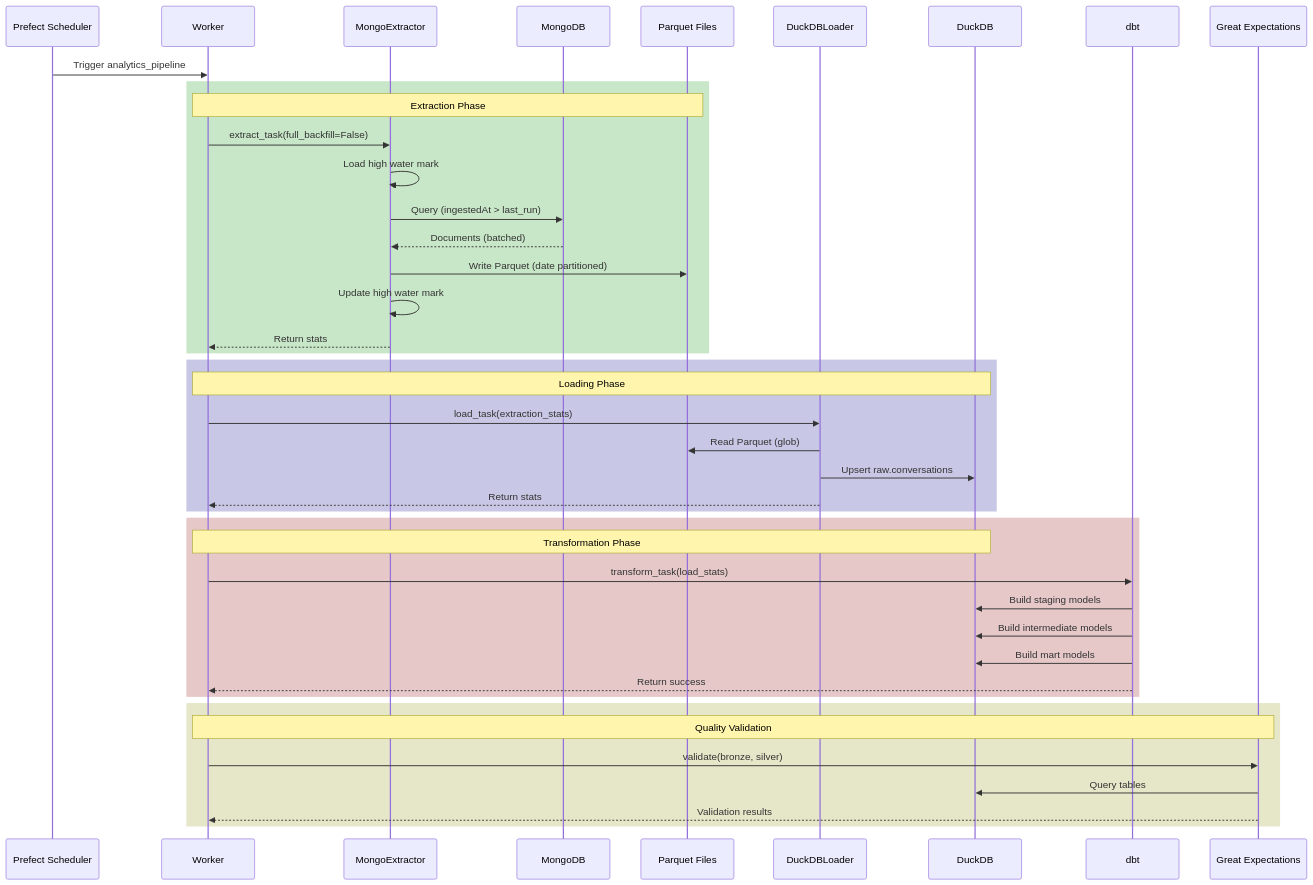
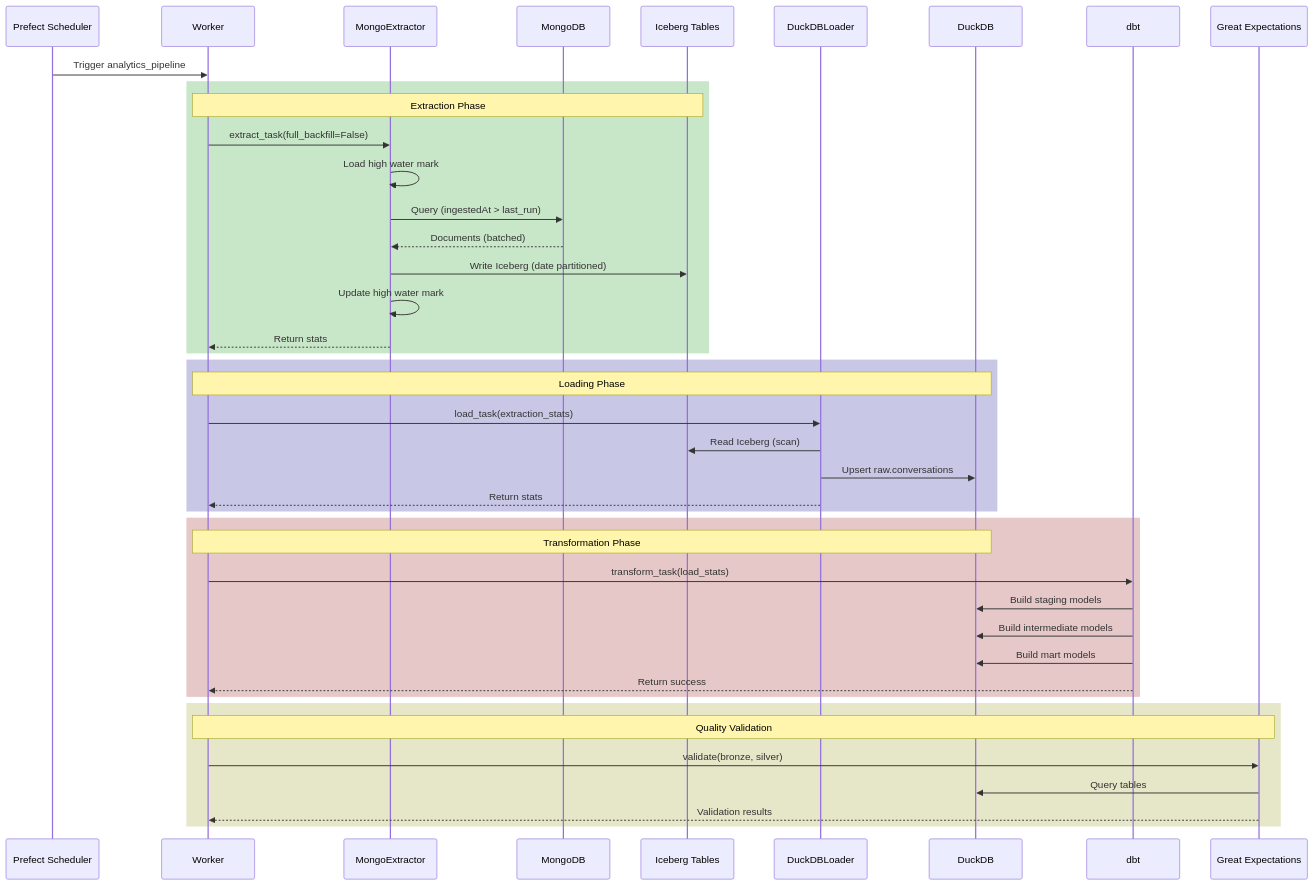
One commit to farshad-akbari-hb/claude-code-conversation-analytics changed the second of 16 diagrams in analytics/ARCHITECTURE.md. Above: the diagram before and after it, drawn with Mermaid. The commit also changed other lines of this file and 9 other files, not shown here.

````diff
--- a/analytics/ARCHITECTURE.md
+++ b/analytics/ARCHITECTURE.md
@@ -129,49 +129,49 @@
 ```mermaid
 sequenceDiagram
     participant P as Prefect Scheduler
     participant W as Worker
     participant E as MongoExtractor
     participant M as MongoDB
-    participant F as Parquet Files
+    participant F as Iceberg Tables
     participant L as DuckDBLoader
     participant D as DuckDB
     participant T as dbt
     participant G as Great Expectations
 
     P->>W: Trigger analytics_pipeline
 
     rect rgb(200, 230, 200)
         Note over W,F: Extraction Phase
         W->>E: extract_task(full_backfill=False)
         E->>E: Load high water mark
         E->>M: Query (ingestedAt > last_run)
         M-->>E: Documents (batched)
-        E->>F: Write Parquet (date partitioned)
+        E->>F: Write Iceberg (date partitioned)
         E->>E: Update high water mark
         E-->>W: Return stats
     end
 
     rect rgb(200, 200, 230)
         Note over W,D: Loading Phase
         W->>L: load_task(extraction_stats)
-        L->>F: Read Parquet (glob)
+        L->>F: Read Iceberg (scan)
         L->>D: Upsert raw.conversations
         L-->>W: Return stats
     end
 
     rect rgb(230, 200, 200)
         Note over W,D: Transformation Phase
         W->>T: transform_task(load_stats)
         T->>D: Build staging models
         T->>D: Build intermediate models
         T->>D: Build mart models
         T-->>W: Return success
     end
 
     rect rgb(230, 230, 200)
         Note over W,G: Quality Validation
         W->>G: validate(bronze, silver)
         G->>D: Query tables
         G-->>W: Validation results
     end
 ```
````
